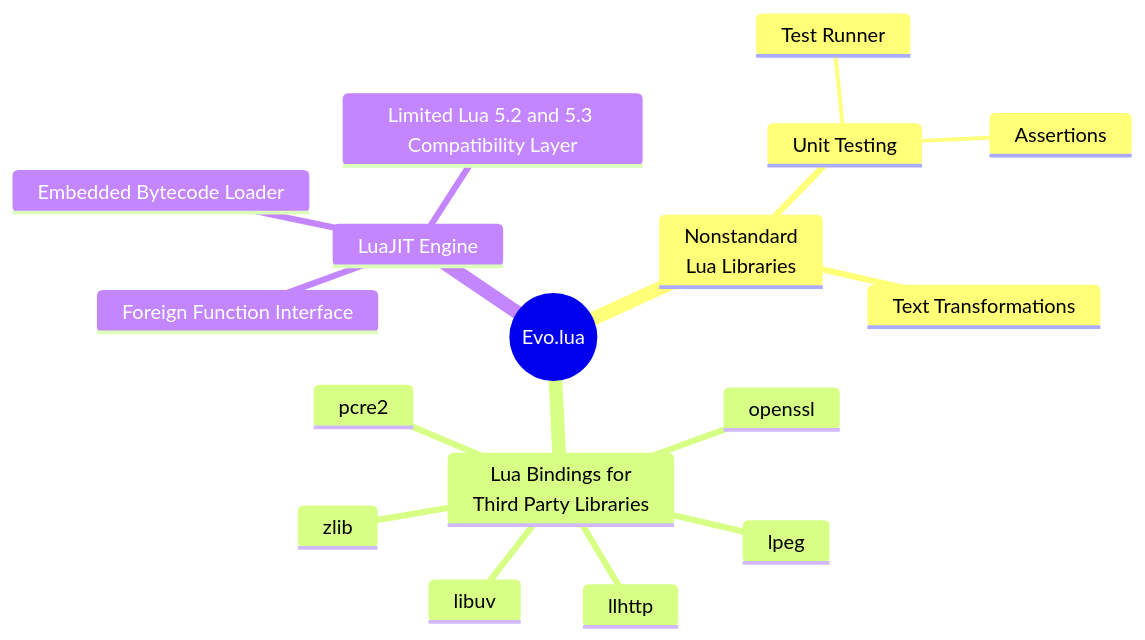
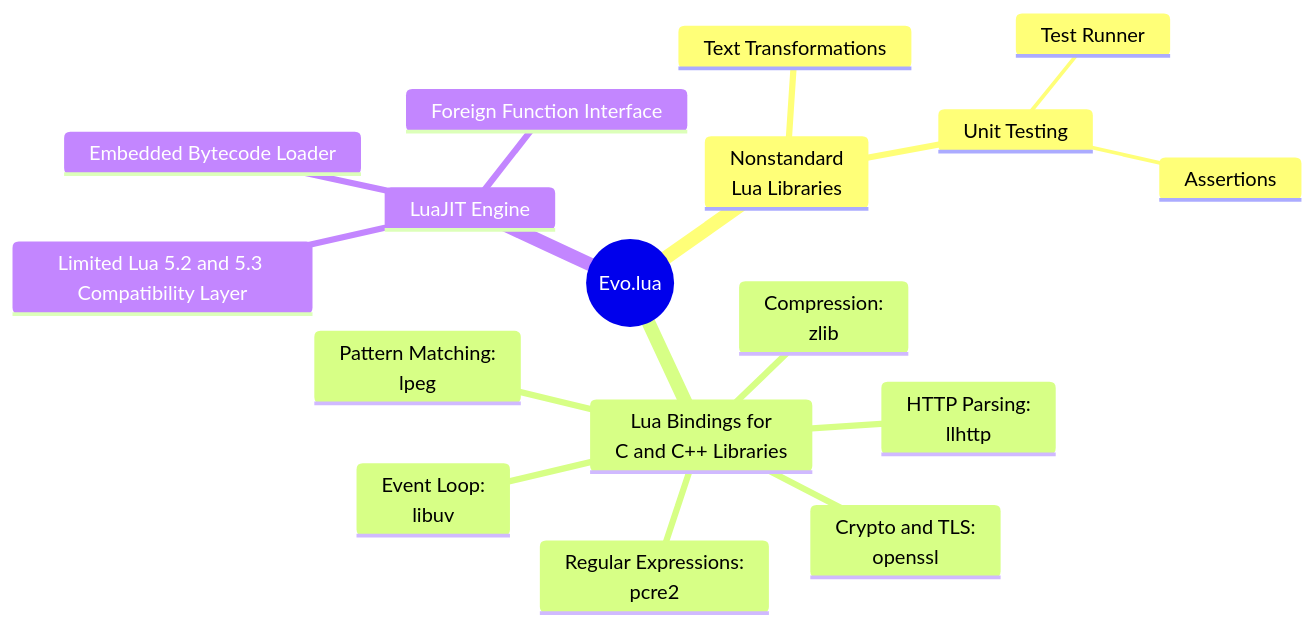
One commit to evo-lua/evo-lua.github.io changed the diagram in docs/background-information/architecture/mindmap.mmd. Above: the diagram before and after it, drawn with Mermaid.

```diff
--- a/docs/background-information/architecture/mindmap.mmd
+++ b/docs/background-information/architecture/mindmap.mmd
@@ -1,18 +1,18 @@
 mindmap
   root((Evo.lua))
-    Nonstandard<br/> Lua Libraries
+    Nonstandard<br/>Lua Libraries
       Text Transformations
       Unit Testing
         Test Runner
         Assertions
-    Lua Bindings for<br/> Third Party Libraries
-      libuv
-      openssl
-      zlib
-      pcre2
-      lpeg
-      llhttp
+    Lua Bindings for<br/>C and C++ Libraries
+      Event Loop:<br/>libuv
+      Crypto and TLS:<br/>openssl
+      Compression:<br/>zlib
+      Regular Expressions:<br/>pcre2
+      Pattern Matching:<br/>lpeg
+      HTTP Parsing:<br/>llhttp
     LuaJIT Engine
       Foreign Function Interface
       Embedded Bytecode Loader
       Limited Lua 5.2 and 5.3 Compatibility Layer
```
